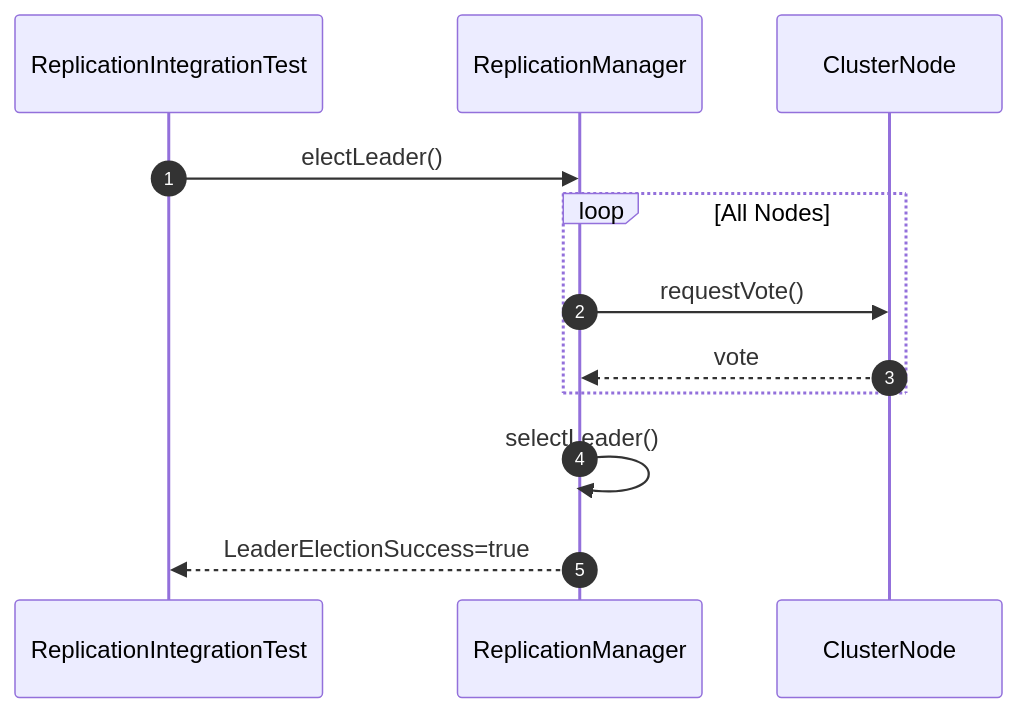
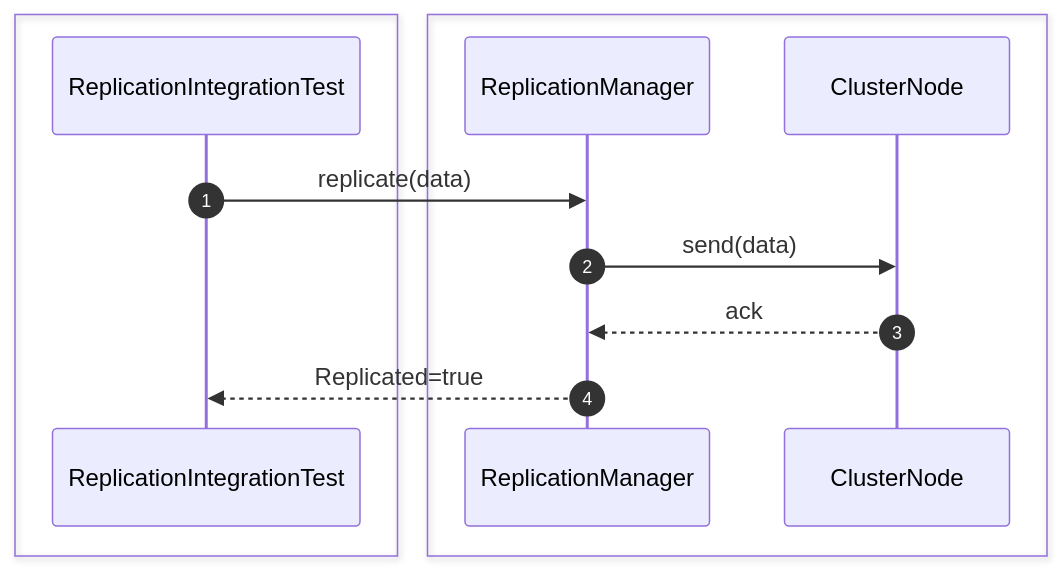
One commit to Huy1801214/dbms-architecture changed diagram 19 of 26 in src/sequence/replication.md. Above: the diagram before and after it, drawn with Mermaid. The commit also changed other lines of this file and 10 other files, not shown here.

Commit message:
add comprehensive sequence diagrams and documentation for system architecture and unit testing specifications

````diff
--- a/src/sequence/replication.md
+++ b/src/sequence/replication.md
@@ -184,18 +335,17 @@
 ```mermaid
 sequenceDiagram
     autonumber
+
+    box #e1f5fe Test Suite
     participant Test as ReplicationIntegrationTest
-    participant Replication as ReplicationManager
+    end
+    box #ffebee Replication Components
+    participant Manager as ReplicationManager
     participant Node as ClusterNode
-
-    Test->>Replication: electLeader()
-
-    loop All Nodes
-        Replication->>Node: requestVote()
-        Node-->>Replication: vote
     end
 
-    Replication->>Replication: selectLeader()
-
-    Replication-->>Test: LeaderElectionSuccess=true
+    Test->>Manager: replicate(data)
+    Manager->>Node: send(data)
+    Node-->>Manager: ack
+    Manager-->>Test: Replicated=true
 ```
````
